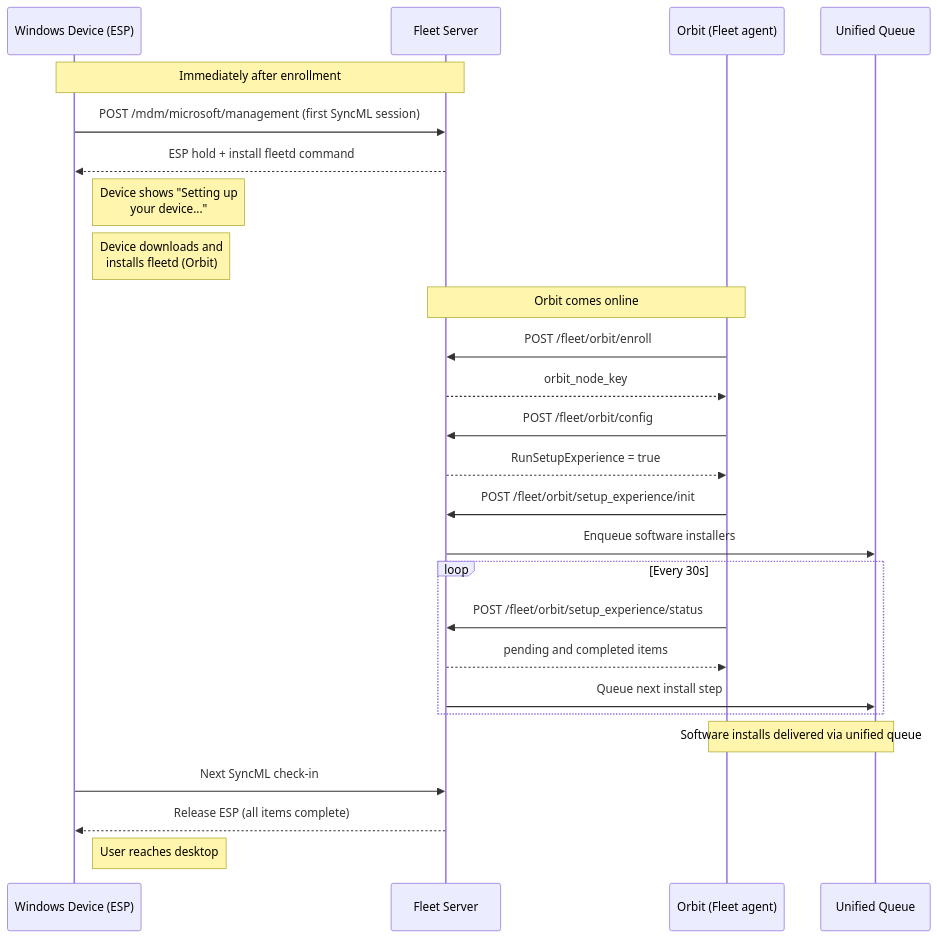
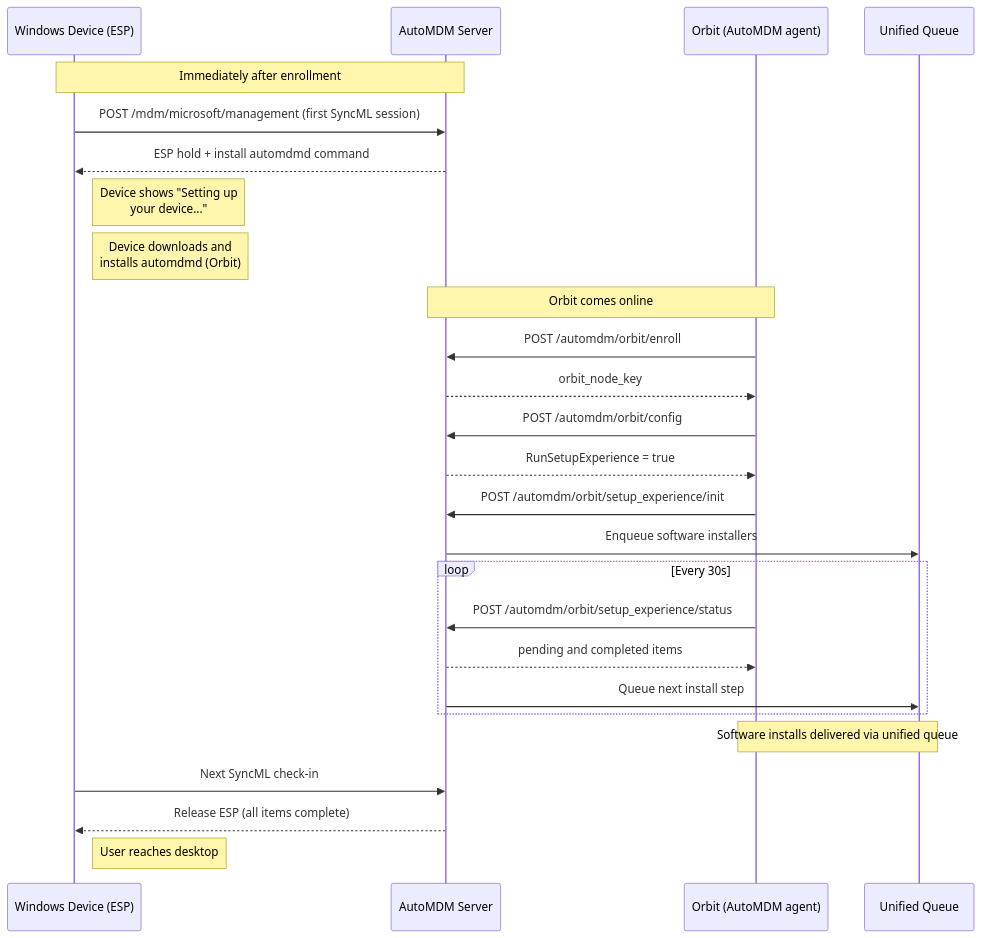
Before and after one commit to anilyagiz/AutoMDM: the fourth of 4 diagrams in docs/Contributing/mdm/windows/windows-autopilot-how-it-works.md, drawn with Mermaid. The commit also changed other lines of this file and 7979 other files, not shown here.

First line of the commit message:
Rebrand Fleet as AutoMDM (mechanical pass)

````diff
--- a/docs/Contributing/mdm/windows/windows-autopilot-how-it-works.md
+++ b/docs/Contributing/mdm/windows/windows-autopilot-how-it-works.md
@@ -120,35 +120,35 @@
 ```mermaid
 sequenceDiagram
     participant Win as Windows Device (ESP)
-    participant Fleet as Fleet Server
-    participant Orbit as Orbit (Fleet agent)
+    participant AutoMDM as AutoMDM Server
+    participant Orbit as Orbit (AutoMDM agent)
     participant Queue as Unified Queue
 
-    note over Win, Fleet: Immediately after enrollment
-    Win->>Fleet: POST /mdm/microsoft/management (first SyncML session)
-    Fleet-->>Win: ESP hold + install fleetd command
+    note over Win, AutoMDM: Immediately after enrollment
+    Win->>AutoMDM: POST /mdm/microsoft/management (first SyncML session)
+    AutoMDM-->>Win: ESP hold + install automdmd command
     note right of Win: Device shows "Setting up<br/>your device..."
-    note right of Win: Device downloads and<br/>installs fleetd (Orbit)
+    note right of Win: Device downloads and<br/>installs automdmd (Orbit)
 
-    note over Orbit, Fleet: Orbit comes online
-    Orbit->>Fleet: POST /fleet/orbit/enroll
-    Fleet-->>Orbit: orbit_node_key
+    note over Orbit, AutoMDM: Orbit comes online
+    Orbit->>AutoMDM: POST /automdm/orbit/enroll
+    AutoMDM-->>Orbit: orbit_node_key
 
-    Orbit->>Fleet: POST /fleet/orbit/config
-    Fleet-->>Orbit: RunSetupExperience = true
+    Orbit->>AutoMDM: POST /automdm/orbit/config
+    AutoMDM-->>Orbit: RunSetupExperience = true
 
-    Orbit->>Fleet: POST /fleet/orbit/setup_experience/init
-    Fleet->>Queue: Enqueue software installers
+    Orbit->>AutoMDM: POST /automdm/orbit/setup_experience/init
+    AutoMDM->>Queue: Enqueue software installers
 
     loop Every 30s
-        Orbit->>Fleet: POST /fleet/orbit/setup_experience/status
-        Fleet-->>Orbit: pending and completed items
-        Fleet->>Queue: Queue next install step
+        Orbit->>AutoMDM: POST /automdm/orbit/setup_experience/status
+        AutoMDM-->>Orbit: pending and completed items
+        AutoMDM->>Queue: Queue next install step
     end
 
     note over Queue, Orbit: Software installs delivered via unified queue
 
-    Win->>Fleet: Next SyncML check-in
-    Fleet-->>Win: Release ESP (all items complete)
+    Win->>AutoMDM: Next SyncML check-in
+    AutoMDM-->>Win: Release ESP (all items complete)
     note right of Win: User reaches desktop
 ```
````
